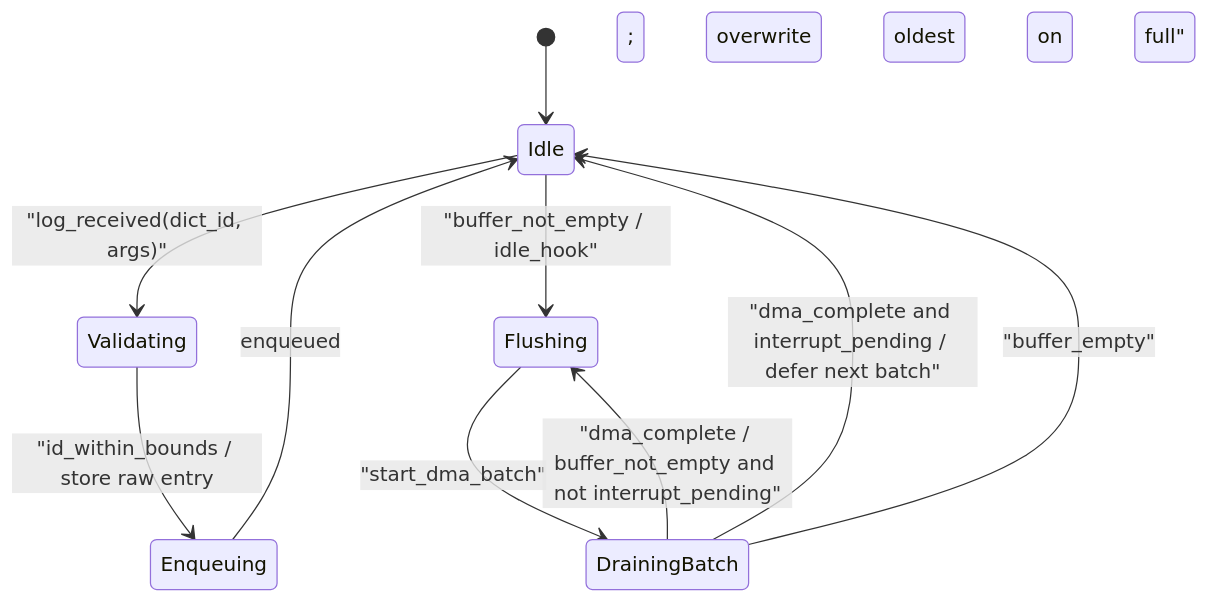
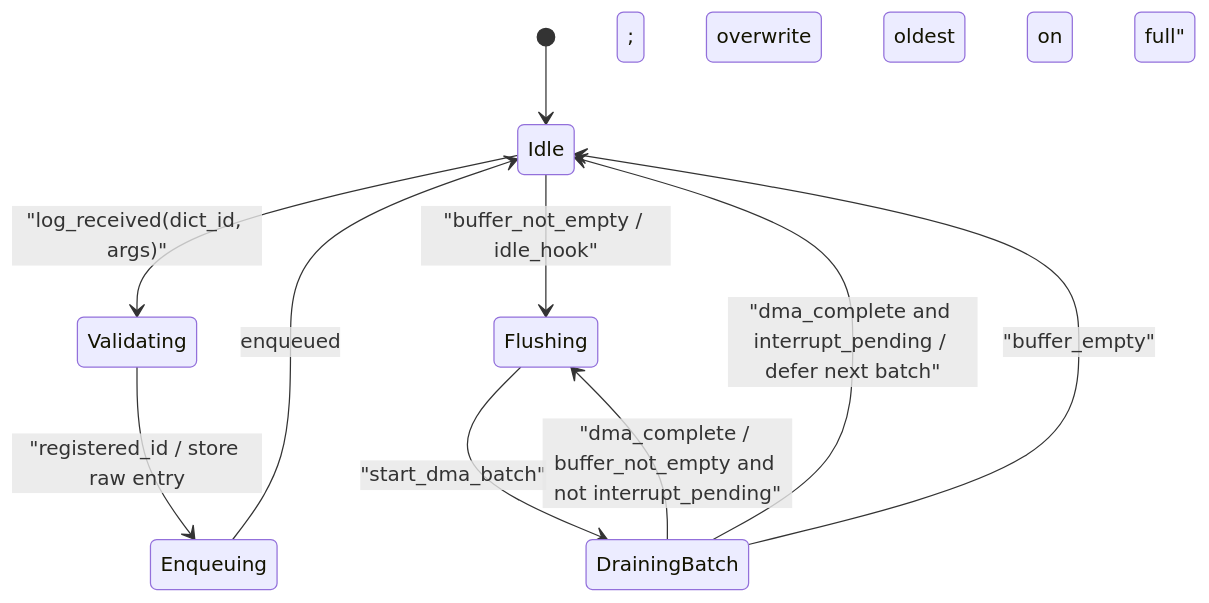
The second of 3 diagrams in docs/components/tier2_runtime/runtime_logging.md (kmt-t/fireball), drawn with Mermaid before and after one commit. The commit also changed other lines of this file and 9 other files, not shown here.

````diff
--- a/docs/components/tier2_runtime/runtime_logging.md
+++ b/docs/components/tier2_runtime/runtime_logging.md
@@ -142,12 +147,12 @@
 ```mermaid
 stateDiagram-v2
     [*] --> Idle
     Idle --> Validating: "log_received(dict_id, args)"
-    Validating --> Enqueuing: "id_within_bounds / store raw entry; overwrite oldest on full"
+    Validating --> Enqueuing: "registered_id / store raw entry; overwrite oldest on full"
     Enqueuing --> Idle: enqueued
     Idle --> Flushing: "buffer_not_empty / idle_hook"
     Flushing --> DrainingBatch: "start_dma_batch"
     DrainingBatch --> Flushing: "dma_complete / buffer_not_empty and not interrupt_pending"
     DrainingBatch --> Idle: "dma_complete and interrupt_pending / defer next batch"
     DrainingBatch --> Idle: "buffer_empty"
 ```
````
